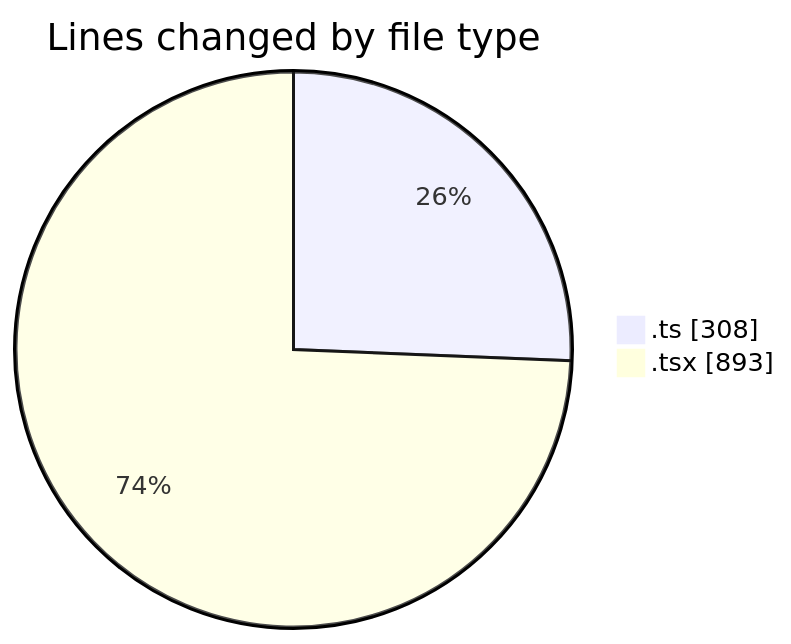
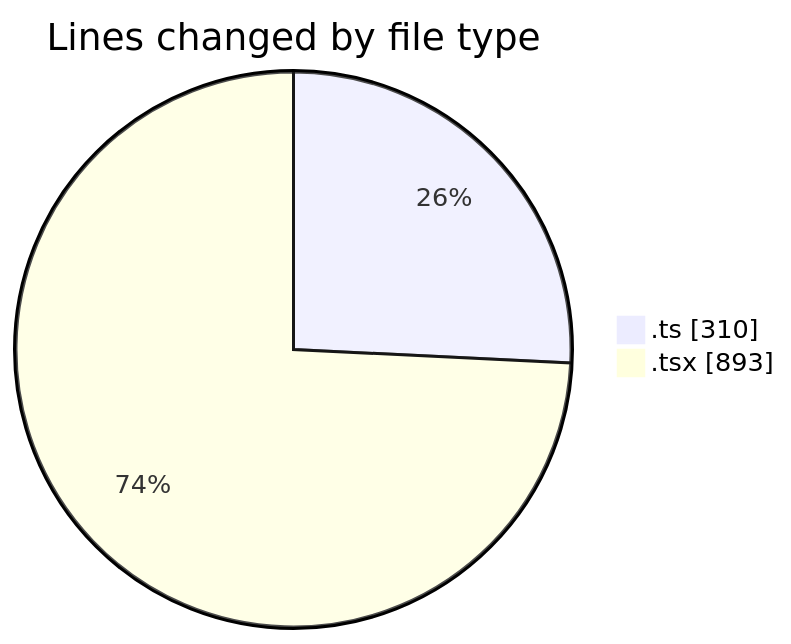
Before and after one commit to momahboobian/code-tracking: the first of 2 diagrams in 2026-09-09/cda/README.md, drawn with Mermaid. The commit also changed other lines of this file and 1 other file, not shown here.

````diff
--- a/2026-09-09/cda/README.md
+++ b/2026-09-09/cda/README.md
@@ -29,6 +30,6 @@
 ```mermaid
 pie showData
 title Lines changed by file type
-".ts" : 308
+".ts" : 310
 ".tsx" : 893
 ```
````
